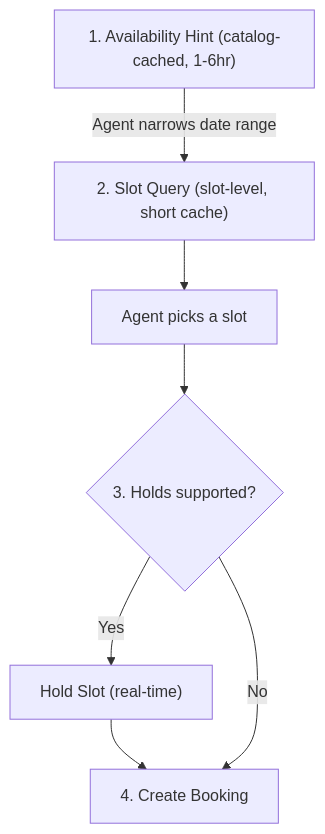
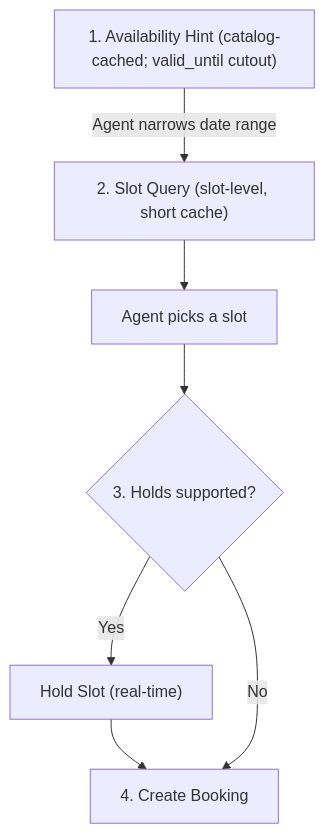
The diagram in site-docs/specification/availability.md (wix/universal-scheduling-protocol), drawn with Mermaid before and after one commit. The commit also changed other lines of this file and 14 other files, not shown here.

````diff
--- a/site-docs/specification/availability.md
+++ b/site-docs/specification/availability.md
@@ -326,9 +326,9 @@
 ```mermaid
 graph TD
-    H["1. Availability Hint (catalog-cached, 1-6hr)"] -- "Agent narrows date range" --> S
+    H["1. Availability Hint (catalog-cached; valid_until cutout)"] -- "Agent narrows date range" --> S
     S["2. Slot Query (slot-level, short cache)"] --> D["Agent picks a slot"]
     D --> E{"3. Holds supported?"}
     E -- "Yes" --> F["Hold Slot (real-time)"]
     F --> G["4. Create Booking"]
     E -- "No" --> G
 ```
````
